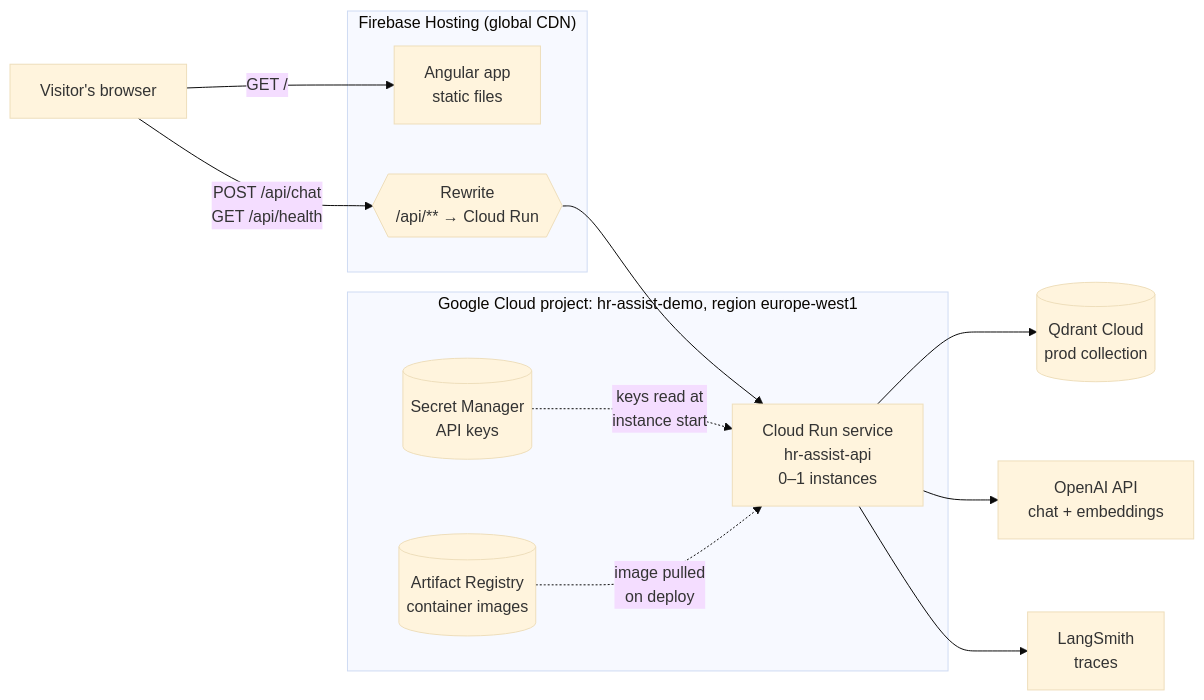
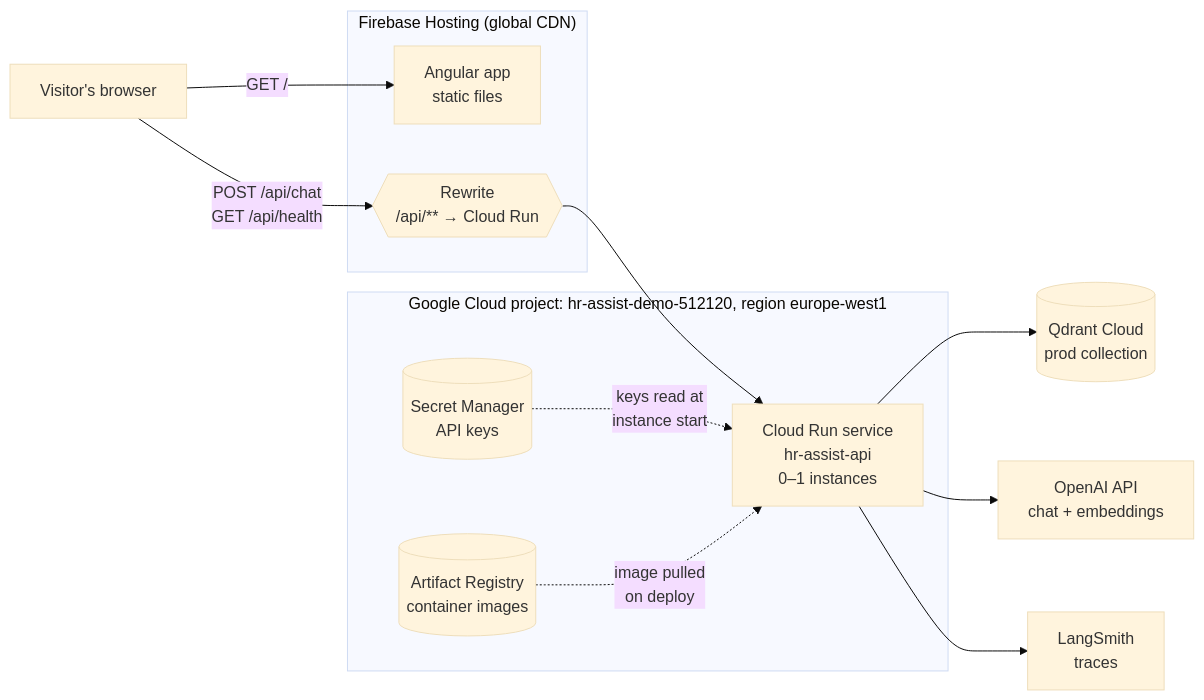
The first of 6 diagrams in docs/deployment.md (NaveenManjappa/hr-assist), drawn with Mermaid (base theme) before and after one commit. The commit also changed other lines of this file and 9 other files, not shown here.

````diff
--- a/docs/deployment.md
+++ b/docs/deployment.md
@@ -60,28 +58,28 @@
 ```mermaid
 flowchart LR
     U[Visitor's browser]
 
     subgraph Firebase["Firebase Hosting (global CDN)"]
         S[Angular app<br/>static files]
         RW{{"Rewrite<br/>/api/** → Cloud Run"}}
     end
 
-    subgraph GCP["Google Cloud project: hr-assist-demo, region europe-west1"]
+    subgraph GCP["Google Cloud project: hr-assist-demo-512120, region europe-west1"]
         CR["Cloud Run service<br/>hr-assist-api<br/>0–1 instances"]
         SM[(Secret Manager<br/>API keys)]
         AR[(Artifact Registry<br/>container images)]
     end
 
     Q[(Qdrant Cloud<br/>prod collection)]
     O[OpenAI API<br/>chat + embeddings]
     L[LangSmith<br/>traces]
 
     U -- "GET /" --> S
     U -- "POST /api/chat<br/>GET /api/health" --> RW
     RW --> CR
     SM -. "keys read at<br/>instance start" .-> CR
     AR -. "image pulled<br/>on deploy" .-> CR
     CR --> Q
     CR --> O
     CR --> L
 ```
````
